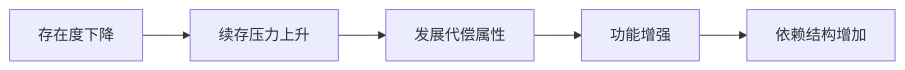
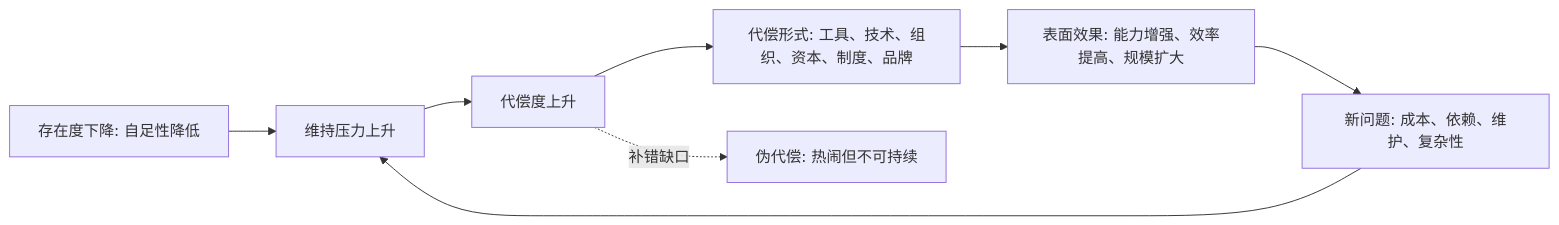
One commit to digoal/blog changed the diagram in 202605/20260518_46.md. Above: the diagram before and after it, drawn with Mermaid. The commit also changed other lines of this file and 16 other files, not shown here.

````diff
--- a/202605/20260518_46.md
+++ b/202605/20260518_46.md
@@ -22,7 +22,10 @@
 ```mermaid
 flowchart LR
-  A["存在度下降"] --> B["续存压力上升"]
-  B --> C["发展代偿属性"]
-  C --> D["功能增强"]
-  D --> E["依赖结构增加"]
+  A["存在度下降: 自足性降低"] --> B["维持压力上升"]
+  B --> C["代偿度上升"]
+  C --> D["代偿形式: 工具、技术、组织、资本、制度、品牌"]
+  D --> E["表面效果: 能力增强、效率提高、规模扩大"]
+  E --> F["新问题: 成本、依赖、维护、复杂性"]
+  F --> B
+  C -. "补错缺口" .-> G["伪代偿: 热闹但不可持续"]
 ```
````
